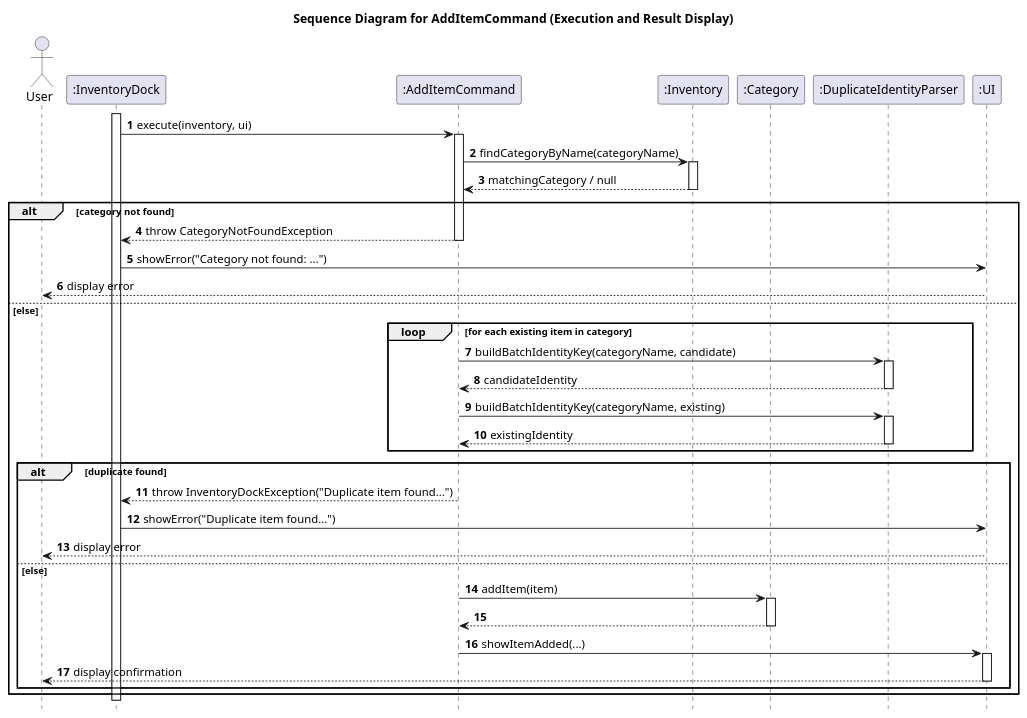
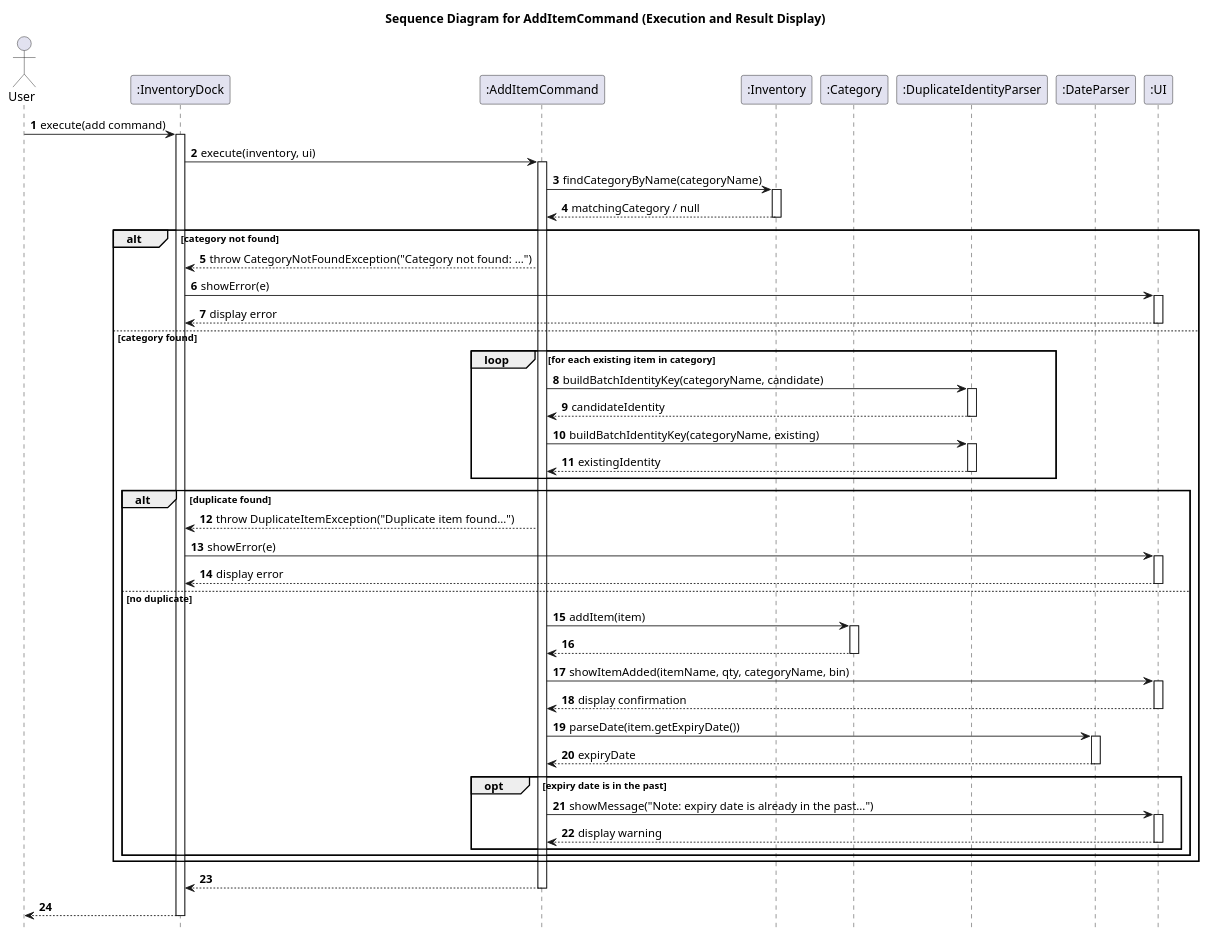
Before and after one commit to yueyang1111/tp: the diagram in docs/diagrams/sequence/AddItemCommandExecutionDisplayFlow.puml, drawn with PlantUML. The commit also changed 1 other file, not shown here.

Commit message:
Fix add item diagram

```diff
--- a/docs/diagrams/sequence/AddItemCommandExecutionDisplayFlow.puml
+++ b/docs/diagrams/sequence/AddItemCommandExecutionDisplayFlow.puml
@@ -1,61 +1,80 @@
 @startuml
 title Sequence Diagram for AddItemCommand (Execution and Result Display)
 
 autonumber
 hide footbox
 
 actor User
 participant ":InventoryDock" as InventoryDock
 participant ":AddItemCommand" as AddItemCommand
 participant ":Inventory" as Inventory
 participant ":Category" as Category
 participant ":DuplicateIdentityParser" as DuplicateIdentityParser
+participant ":DateParser" as DateParser
 participant ":UI" as UI
 
+User -> InventoryDock: execute(add command)
 activate InventoryDock
 InventoryDock -> AddItemCommand: execute(inventory, ui)
 activate AddItemCommand
+
 AddItemCommand -> Inventory: findCategoryByName(categoryName)
 activate Inventory
 Inventory --> AddItemCommand: matchingCategory / null
-deactivate Inventory
+Deactivate Inventory
 
 alt category not found
-    AddItemCommand --> InventoryDock: throw CategoryNotFoundException
-    deactivate AddItemCommand
-    InventoryDock -> UI: showError("Category not found: ...")
-    UI --> User: display error
-else else
+    AddItemCommand --> InventoryDock: throw CategoryNotFoundException("Category not found: ...")
+    InventoryDock -> UI: showError(e)
+    activate UI
+    UI --> InventoryDock: display error
+    deactivate UI
+else category found
     loop for each existing item in category
         AddItemCommand -> DuplicateIdentityParser: buildBatchIdentityKey(categoryName, candidate)
         activate DuplicateIdentityParser
         DuplicateIdentityParser --> AddItemCommand: candidateIdentity
         deactivate DuplicateIdentityParser
 
         AddItemCommand -> DuplicateIdentityParser: buildBatchIdentityKey(categoryName, existing)
         activate DuplicateIdentityParser
         DuplicateIdentityParser --> AddItemCommand: existingIdentity
         deactivate DuplicateIdentityParser
     end
 
     alt duplicate found
-        AddItemCommand --> InventoryDock: throw InventoryDockException("Duplicate item found...")
-        deactivate AddItemCommand
-        InventoryDock -> UI: showError("Duplicate item found...")
-        UI --> User: display error
-    else else
+        AddItemCommand --> InventoryDock: throw DuplicateItemException("Duplicate item found...")
+        InventoryDock -> UI: showError(e)
+        activate UI
+        UI --> InventoryDock: display error
+        deactivate UI
+    else no duplicate
         AddItemCommand -> Category: addItem(item)
         activate Category
         Category --> AddItemCommand
         deactivate Category
 
-        AddItemCommand -> UI: showItemAdded(...)
+        AddItemCommand -> UI: showItemAdded(itemName, qty, categoryName, bin)
         activate UI
-        UI --> User: display confirmation
+        UI --> AddItemCommand: display confirmation
         deactivate UI
-        deactivate AddItemCommand
+
+        AddItemCommand -> DateParser: parseDate(item.getExpiryDate())
+        activate DateParser
+        DateParser --> AddItemCommand: expiryDate
+        deactivate DateParser
+
+        opt expiry date is in the past
+            AddItemCommand -> UI: showMessage("Note: expiry date is already in the past...")
+            activate UI
+            UI --> AddItemCommand: display warning
+            deactivate UI
+        end
     end
 end
 
-deactivate InventoryDock
+AddItemCommand --> InventoryDock
+Deactivate AddItemCommand
+InventoryDock --> User
+Deactivate InventoryDock
 @enduml
```
